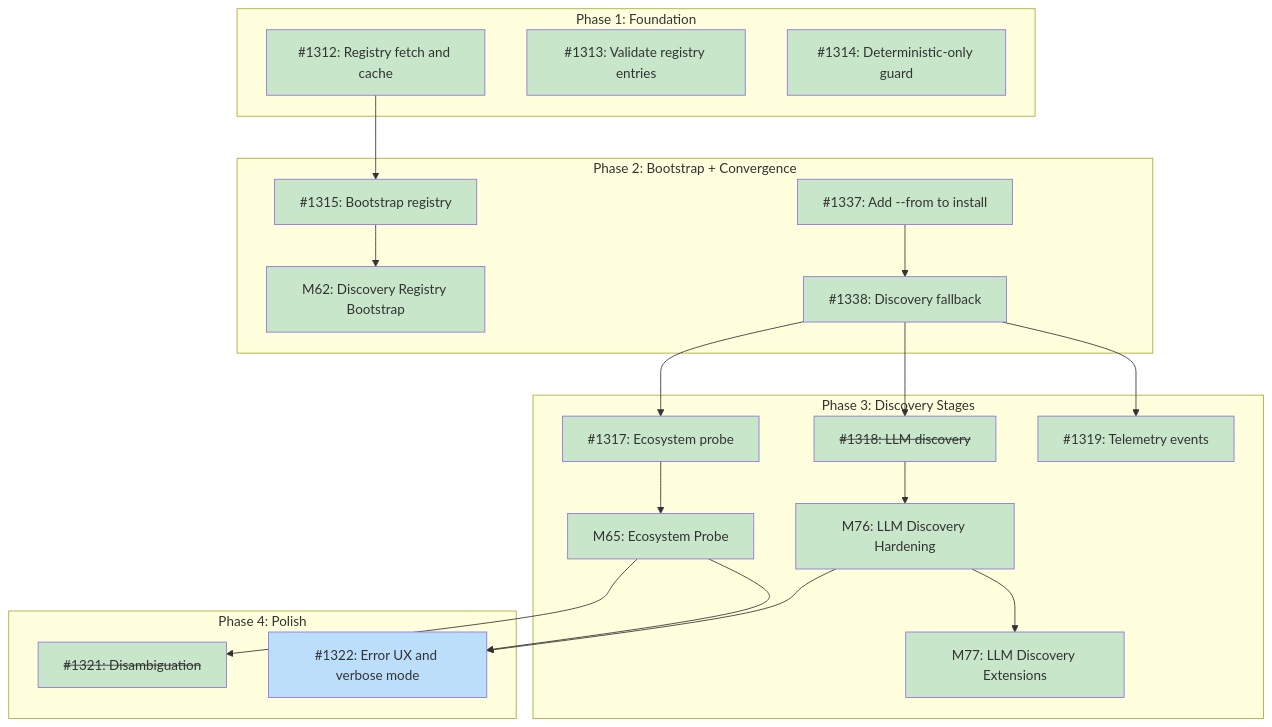
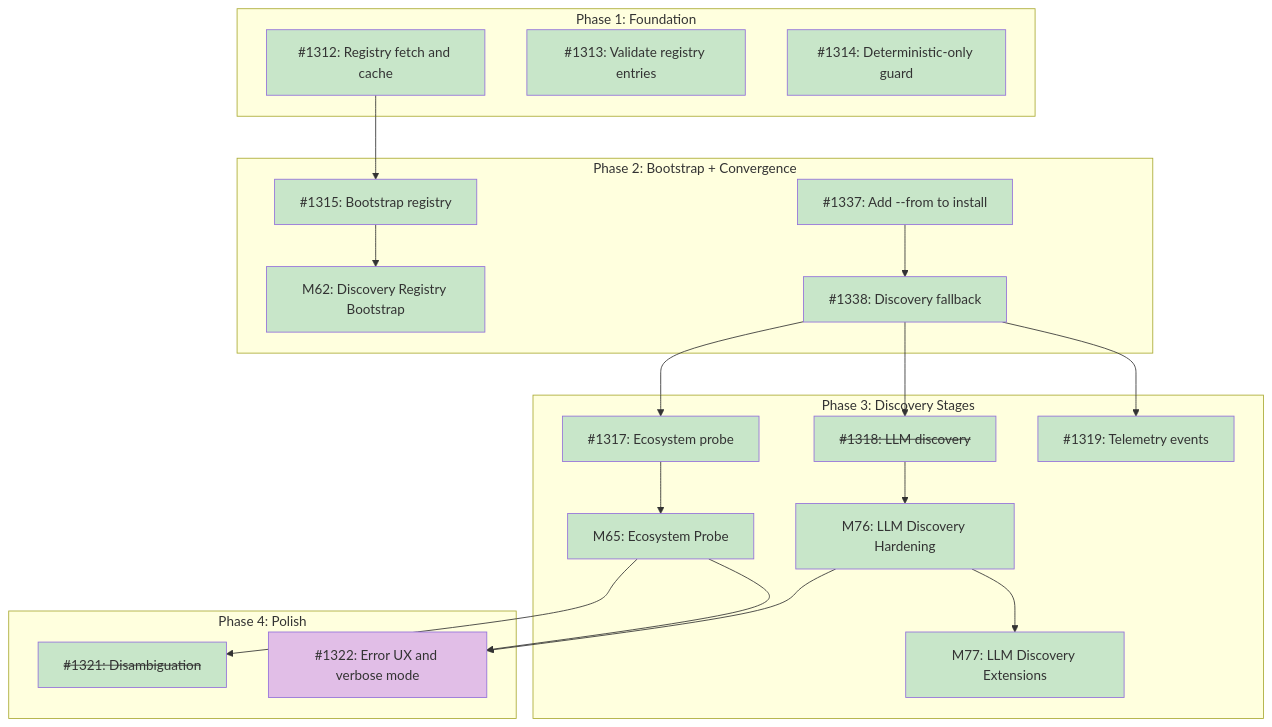
The diagram in docs/designs/DESIGN-discovery-resolver.md (tsukumogami/tsuku), drawn with Mermaid before and after one commit.

Commit message:
chore: fix I1322 diagram class to needsDesign

````diff
--- a/docs/designs/DESIGN-discovery-resolver.md
+++ b/docs/designs/DESIGN-discovery-resolver.md
@@ -68,60 +68,60 @@
 ```mermaid
 graph TD
     subgraph Phase1["Phase 1: Foundation"]
         I1312["#1312: Registry fetch and cache"]
         I1313["#1313: Validate registry entries"]
         I1314["#1314: Deterministic-only guard"]
     end
 
     subgraph Phase2["Phase 2: Bootstrap + Convergence"]
         M62["M62: Discovery Registry Bootstrap"]
         I1315["#1315: Bootstrap registry"]
         I1337["#1337: Add --from to install"]
         I1338["#1338: Discovery fallback"]
     end
 
     subgraph Phase3["Phase 3: Discovery Stages"]
         I1317["#1317: Ecosystem probe"]
         M65["M65: Ecosystem Probe"]
         I1318["<s>#1318: LLM discovery</s>"]
         M76["M76: LLM Discovery Hardening"]
         M77["M77: LLM Discovery Extensions"]
         I1319["#1319: Telemetry events"]
     end
 
     subgraph Phase4["Phase 4: Polish"]
         I1321["<s>#1321: Disambiguation</s>"]
         I1322["#1322: Error UX and verbose mode"]
     end
 
     I1312 --> I1315
     I1315 --> M62
     I1337 --> I1338
     I1338 --> I1317
     I1317 --> M65
     I1338 --> I1318
     I1318 --> M76
     M76 --> M77
     I1338 --> I1319
     M65 --> I1321
     M65 --> I1322
     M76 --> I1322
 
     classDef done fill:#c8e6c9
     classDef ready fill:#bbdefb
     classDef blocked fill:#fff9c4
     classDef needsDesign fill:#e1bee7
 
     class I1312,I1313,I1314 done
     class I1337,I1338 done
     class I1319 done
     class I1317 done
     class I1318 done
     class M76 done
     class M77 done
     class M65 done
     class M62 done
     class I1315 done
     class I1321 done
-    class I1322 ready
+    class I1322 needsDesign
 ```
````
